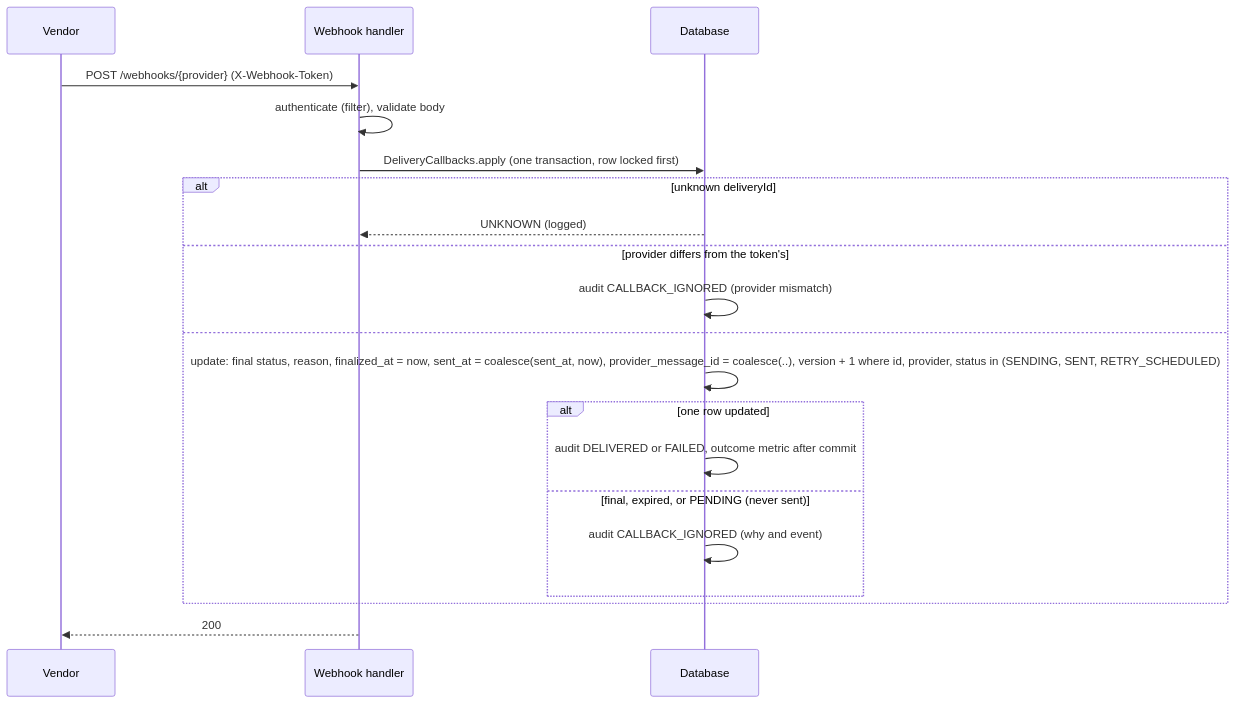
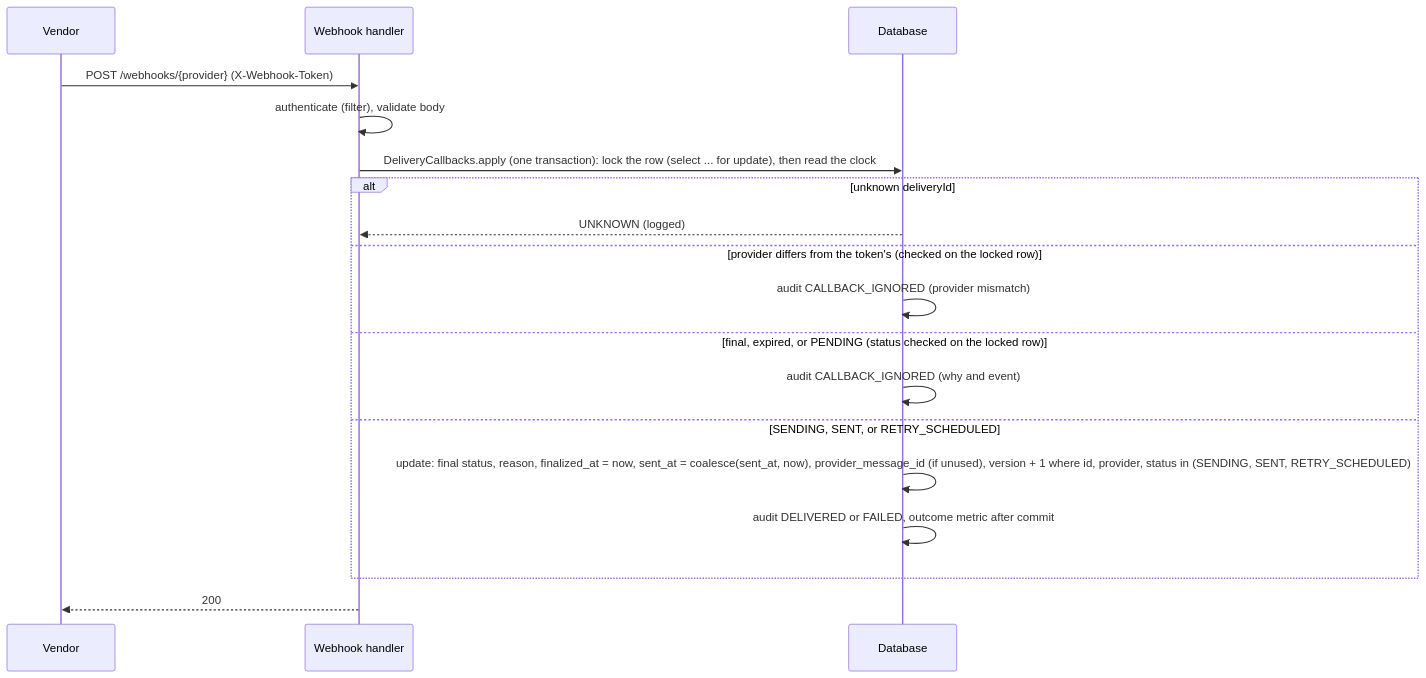
The sixth of 6 diagrams in docs/architecture.md (radwara/nms), drawn with Mermaid before and after one commit. The commit also changed other lines of this file and 5 other files, not shown here.

Commit message:
docs: fix architecture and ADR drift found in milestone review (#13)

````diff
--- a/docs/architecture.md
+++ b/docs/architecture.md
@@ -522,22 +523,20 @@
 ```mermaid
 sequenceDiagram
     participant V as Vendor
     participant H as Webhook handler
     participant D as Database
     V->>H: POST /webhooks/{provider} (X-Webhook-Token)
     H->>H: authenticate (filter), validate body
-    H->>D: DeliveryCallbacks.apply (one transaction, row locked first)
+    H->>D: DeliveryCallbacks.apply (one transaction): lock the row (select ... for update), then read the clock
     alt unknown deliveryId
         D-->>H: UNKNOWN (logged)
-    else provider differs from the token's
+    else provider differs from the token's (checked on the locked row)
         D->>D: audit CALLBACK_IGNORED (provider mismatch)
-    else
-        D->>D: update: final status, reason, finalized_at = now, sent_at = coalesce(sent_at, now), provider_message_id = coalesce(..), version + 1 where id, provider, status in (SENDING, SENT, RETRY_SCHEDULED)
-        alt one row updated
-            D->>D: audit DELIVERED or FAILED, outcome metric after commit
-        else final, expired, or PENDING (never sent)
-            D->>D: audit CALLBACK_IGNORED (why and event)
-        end
+    else final, expired, or PENDING (status checked on the locked row)
+        D->>D: audit CALLBACK_IGNORED (why and event)
+    else SENDING, SENT, or RETRY_SCHEDULED
+        D->>D: update: final status, reason, finalized_at = now, sent_at = coalesce(sent_at, now), provider_message_id (if unused), version + 1 where id, provider, status in (SENDING, SENT, RETRY_SCHEDULED)
+        D->>D: audit DELIVERED or FAILED, outcome metric after commit
     end
     H-->>V: 200
 ```
````
